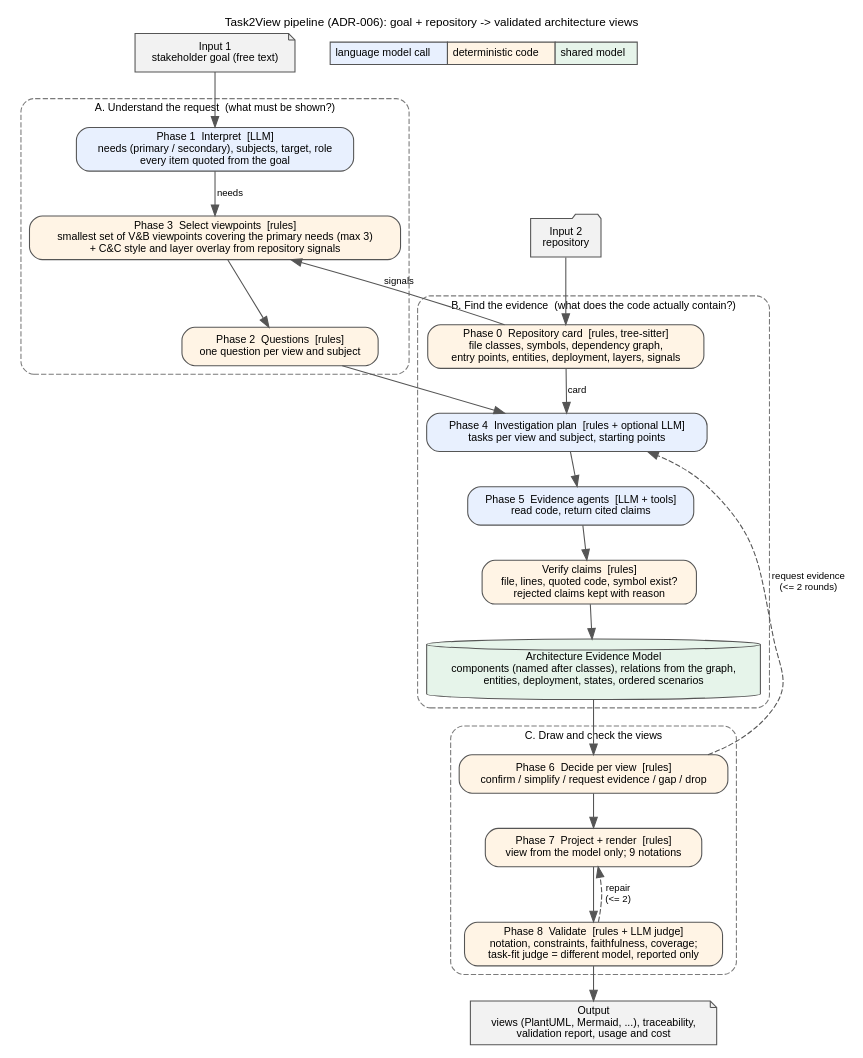
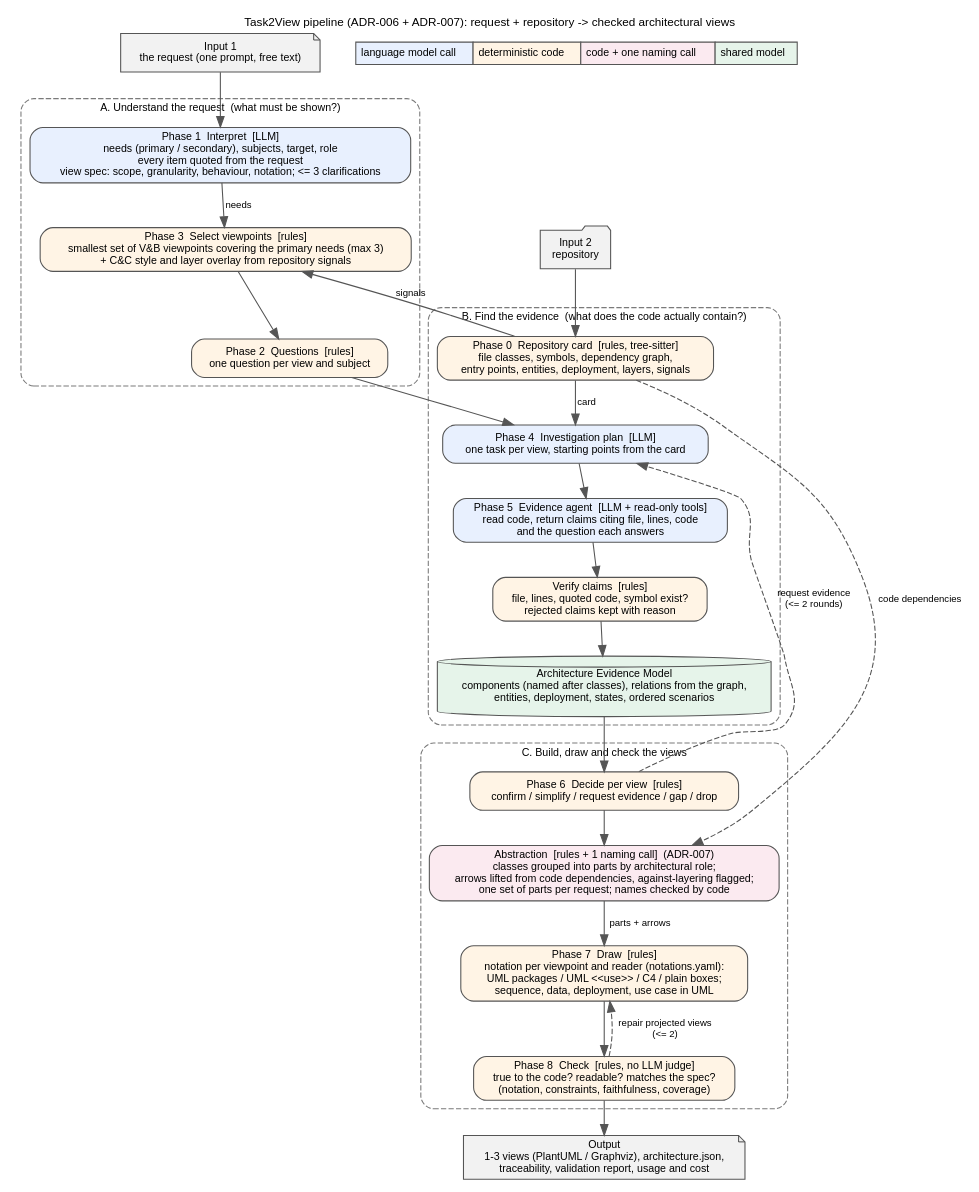
The diagram in docs/diagrams/pipeline-v2.dot (sa4s-serc/task2View), drawn with Graphviz before and after one commit. The commit also changed 3 other files, not shown here.

Commit message:
Docs: pipeline diagram updated to ADR-007 (view spec, abstraction, notation per view, rule-based checks)

```diff
--- a/docs/diagrams/pipeline-v2.dot
+++ b/docs/diagrams/pipeline-v2.dot
@@ -1,54 +1,57 @@
-// Task2View pipeline (ADR-006). Render: dot -Tsvg pipeline-v2.dot -o pipeline-v2.svg
+// Task2View pipeline (ADR-006, revised by ADR-007). Render: dot -Tsvg pipeline-v2.dot -o pipeline-v2.svg
 digraph task2view {
   graph [rankdir=TB, fontname="Helvetica", fontsize=11, nodesep=0.35, ranksep=0.45, labelloc=t,
-         label="Task2View pipeline (ADR-006): goal + repository -> validated architecture views\n"];
+         label="Task2View pipeline (ADR-006 + ADR-007): request + repository -> checked architectural views\n"];
   node  [shape=box, style="rounded,filled", fontname="Helvetica", fontsize=10, fillcolor="#ffffff", color="#555555"];
   edge  [fontname="Helvetica", fontsize=9, color="#555555"];
 
-  goal [label="Input 1\nstakeholder goal (free text)", shape=note, fillcolor="#f2f2f2"];
+  goal [label="Input 1\nthe request (one prompt, free text)", shape=note, fillcolor="#f2f2f2"];
   repo [label="Input 2\nrepository", shape=folder, fillcolor="#f2f2f2"];
 
   subgraph cluster_understand {
     label="A. Understand the request  (what must be shown?)"; style="rounded,dashed"; color="#7a7a7a"; fontsize=10;
-    p1 [label="Phase 1  Interpret  [LLM]\nneeds (primary / secondary), subjects, target, role\nevery item quoted from the goal", fillcolor="#e8f0fe"];
+    p1 [label="Phase 1  Interpret  [LLM]\nneeds (primary / secondary), subjects, target, role\nevery item quoted from the request\nview spec: scope, granularity, behaviour, notation; <= 3 clarifications", fillcolor="#e8f0fe"];
     p3 [label="Phase 3  Select viewpoints  [rules]\nsmallest set of V&B viewpoints covering the primary needs (max 3)\n+ C&C style and layer overlay from repository signals", fillcolor="#fff4e5"];
     p2 [label="Phase 2  Questions  [rules]\none question per view and subject", fillcolor="#fff4e5"];
   }
 
   subgraph cluster_evidence {
     label="B. Find the evidence  (what does the code actually contain?)"; style="rounded,dashed"; color="#7a7a7a"; fontsize=10;
     p0 [label="Phase 0  Repository card  [rules, tree-sitter]\nfile classes, symbols, dependency graph,\nentry points, entities, deployment, layers, signals", fillcolor="#fff4e5"];
-    p4 [label="Phase 4  Investigation plan  [rules + optional LLM]\ntasks per view and subject, starting points", fillcolor="#e8f0fe"];
-    p5 [label="Phase 5  Evidence agents  [LLM + tools]\nread code, return cited claims", fillcolor="#e8f0fe"];
+    p4 [label="Phase 4  Investigation plan  [LLM]\none task per view, starting points from the card", fillcolor="#e8f0fe"];
+    p5 [label="Phase 5  Evidence agent  [LLM + read-only tools]\nread code, return claims citing file, lines, code\nand the question each answers", fillcolor="#e8f0fe"];
     v5 [label="Verify claims  [rules]\nfile, lines, quoted code, symbol exist?\nrejected claims kept with reason", fillcolor="#fff4e5"];
     aem [label="Architecture Evidence Model\ncomponents (named after classes), relations from the graph,\nentities, deployment, states, ordered scenarios", shape=cylinder, fillcolor="#e6f4ea"];
   }
 
   subgraph cluster_views {
-    label="C. Draw and check the views"; style="rounded,dashed"; color="#7a7a7a"; fontsize=10;
+    label="C. Build, draw and check the views"; style="rounded,dashed"; color="#7a7a7a"; fontsize=10;
     p6 [label="Phase 6  Decide per view  [rules]\nconfirm / simplify / request evidence / gap / drop", fillcolor="#fff4e5"];
-    p7 [label="Phase 7  Project + render  [rules]\nview from the model only; 9 notations", fillcolor="#fff4e5"];
-    p8 [label="Phase 8  Validate  [rules + LLM judge]\nnotation, constraints, faithfulness, coverage;\ntask-fit judge = different model, reported only", fillcolor="#fff4e5"];
+    pa [label="Abstraction  [rules + 1 naming call]  (ADR-007)\nclasses grouped into parts by architectural role;\narrows lifted from code dependencies, against-layering flagged;\none set of parts per request; names checked by code", fillcolor="#fbeaf0"];
+    p7 [label="Phase 7  Draw  [rules]\nnotation per viewpoint and reader (notations.yaml):\nUML packages / UML <<use>> / C4 / plain boxes;\nsequence, data, deployment, use case in UML", fillcolor="#fff4e5"];
+    p8 [label="Phase 8  Check  [rules, no LLM judge]\ntrue to the code? readable? matches the spec?\n(notation, constraints, faithfulness, coverage)", fillcolor="#fff4e5"];
   }
 
-  out [label="Output\nviews (PlantUML, Mermaid, ...), traceability,\nvalidation report, usage and cost", shape=note, fillcolor="#f2f2f2"];
+  out [label="Output\n1-3 views (PlantUML / Graphviz), architecture.json,\ntraceability, validation report, usage and cost", shape=note, fillcolor="#f2f2f2"];
   legend [shape=plaintext, label=<<table border="0" cellborder="1" cellspacing="0" cellpadding="4">
-    <tr><td bgcolor="#e8f0fe">language model call</td><td bgcolor="#fff4e5">deterministic code</td><td bgcolor="#e6f4ea">shared model</td></tr></table>>];
+    <tr><td bgcolor="#e8f0fe">language model call</td><td bgcolor="#fff4e5">deterministic code</td><td bgcolor="#fbeaf0">code + one naming call</td><td bgcolor="#e6f4ea">shared model</td></tr></table>>];
 
   goal -> p1;
   repo -> p0;
   p0 -> p3 [label="signals"];
   p1 -> p3 [label="needs"];
   p3 -> p2;
   p2 -> p4;
   p0 -> p4 [label="card"];
   p4 -> p5;
   p5 -> v5;
   v5 -> aem;
   aem -> p6;
   p6 -> p4 [label="request evidence\n(<= 2 rounds)", style=dashed, constraint=false];
-  p6 -> p7;
+  p6 -> pa;
+  pa -> p7 [label="parts + arrows"];
+  p0 -> pa [label="code dependencies", style=dashed, constraint=false];
   p7 -> p8;
-  p8 -> p7 [label="repair\n(<= 2)", style=dashed, constraint=false];
+  p8 -> p7 [label="repair projected views\n(<= 2)", style=dashed, constraint=false];
   p8 -> out;
 }
```
